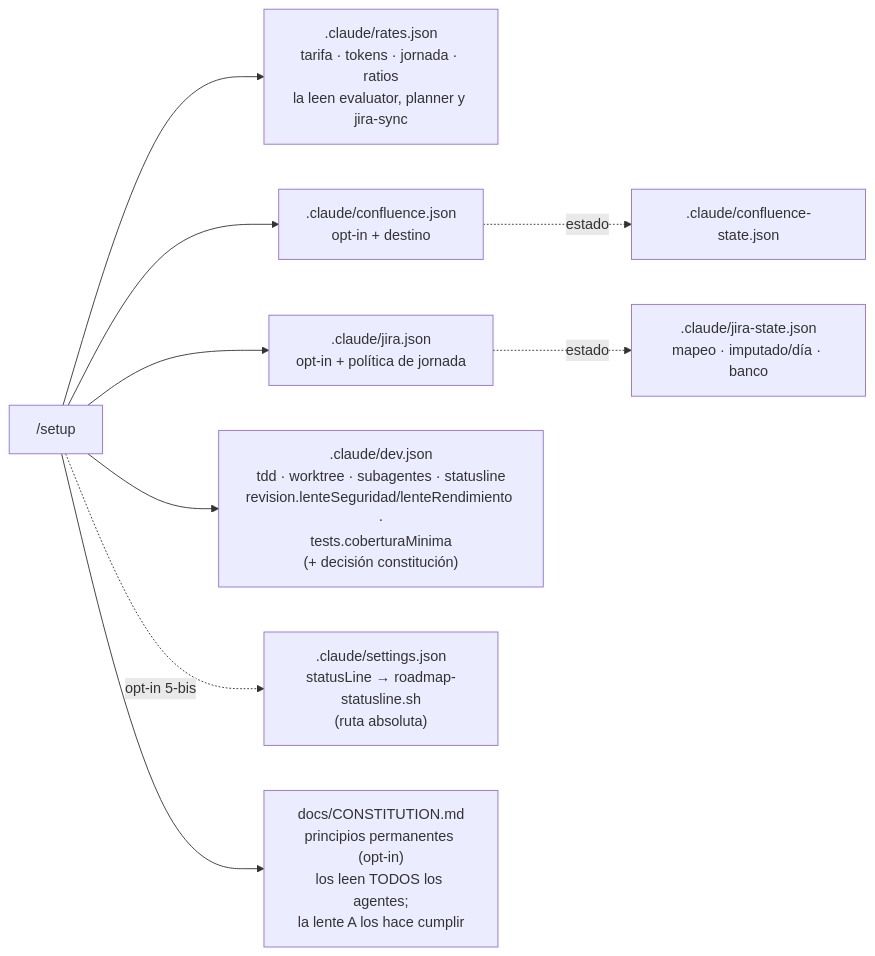
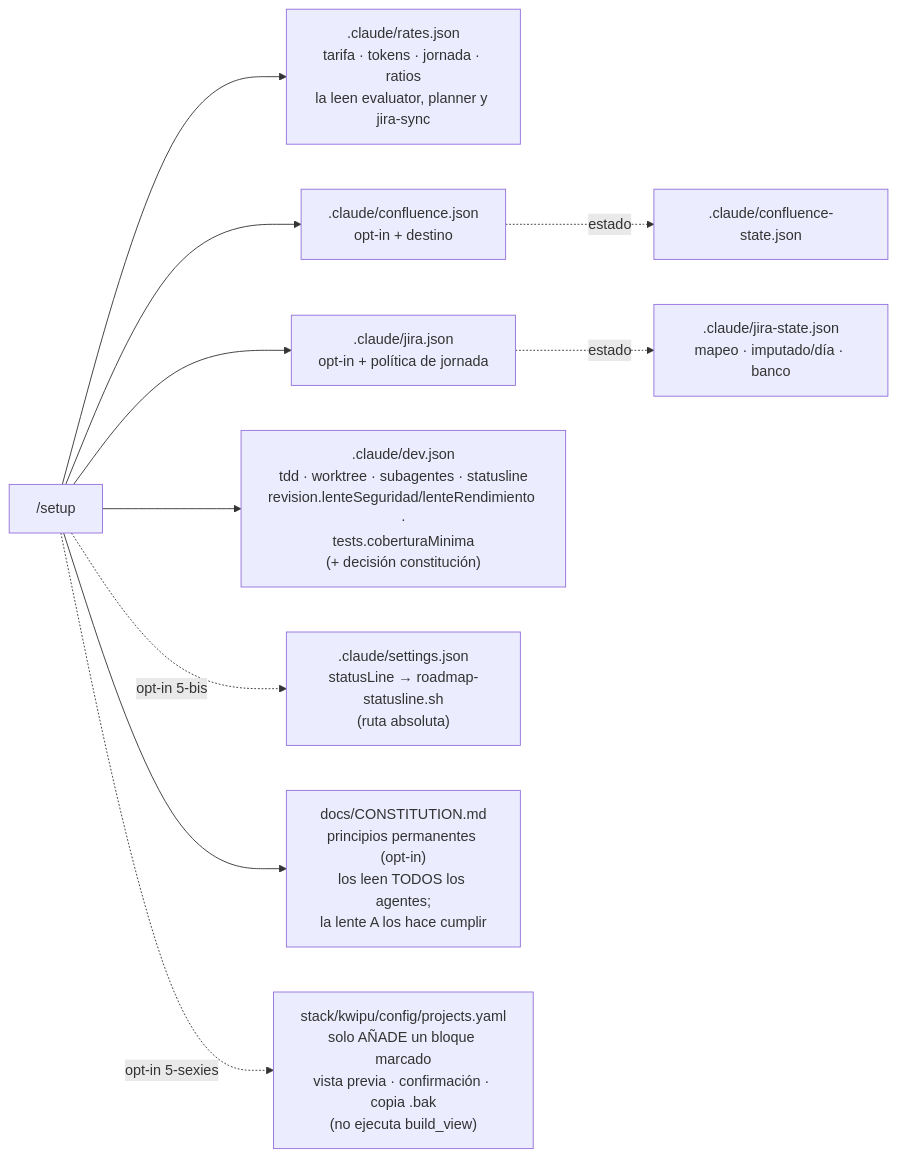
Diagram 13 of 13 in docs/FLOWS.md (daycry/custom-agents), drawn with Mermaid before and after one commit. The commit also changed 8 other files, not shown here.

Commit message:
T-13: /setup 5-sexies da de alta el proyecto en Kwipu con confirmación y sin ejecutar el stack (setup-statusline-polish)

````diff
--- a/docs/FLOWS.md
+++ b/docs/FLOWS.md
@@ -384,11 +384,12 @@
 ```mermaid
 flowchart LR
     A["/setup"] --> B[".claude/rates.json<br/>tarifa · tokens · jornada · ratios<br/>la leen evaluator, planner y jira-sync"]
     A --> C[".claude/confluence.json<br/>opt-in + destino"]
     A --> D[".claude/jira.json<br/>opt-in + política de jornada"]
     A --> G[".claude/dev.json<br/>tdd · worktree · subagentes · statusline<br/>revision.lenteSeguridad/lenteRendimiento ·<br/>tests.coberturaMinima<br/>(+ decisión constitución)"]
     A -.->|"opt-in 5-bis"| SL[".claude/settings.json<br/>statusLine → roadmap-statusline.sh<br/>(ruta absoluta)"]
     A --> H["docs/CONSTITUTION.md<br/>principios permanentes (opt-in)<br/>los leen TODOS los agentes;<br/>la lente A los hace cumplir"]
+    A -.->|"opt-in 5-sexies"| KP["stack/kwipu/config/projects.yaml<br/>solo AÑADE un bloque marcado<br/>vista previa · confirmación · copia .bak<br/>(no ejecuta build_view)"]
     C -.->|estado| E[".claude/confluence-state.json"]
     D -.->|estado| F[".claude/jira-state.json<br/>mapeo · imputado/día · banco"]
 ```
````
